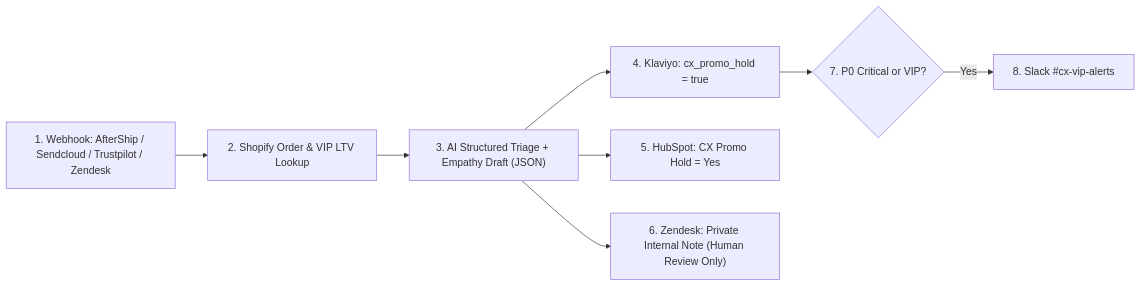
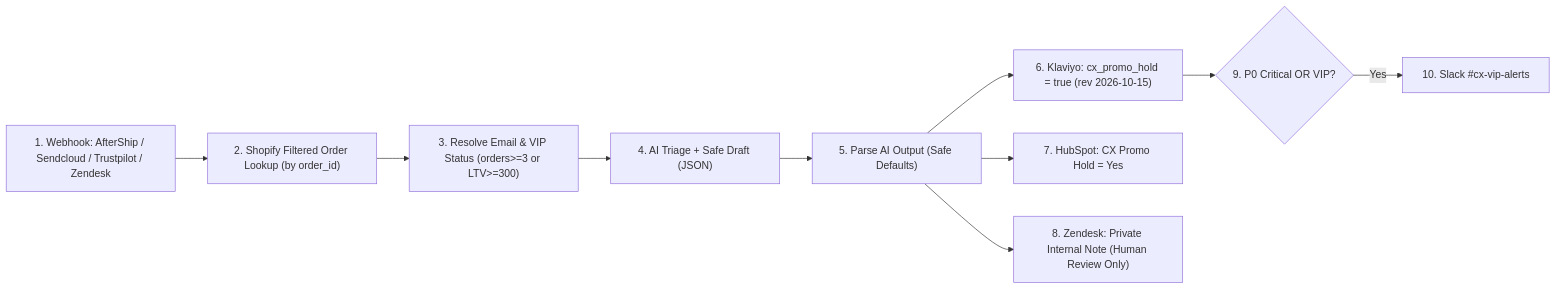
Before and after one commit to errer441122/cx-crm-promo-guard: the diagram in README.md, drawn with Mermaid. The commit also changed other lines of this file and 5 other files, not shown here.

Commit message:
Fix n8n CX Promo Guard bugs (filtered Shopify lookup, resolved_email, VIP OR check, Klaviyo 2026-10-15, standalone error workflow) & sync showcase

````diff
--- a/README.md
+++ b/README.md
@@ -24,10 +26,12 @@
 ```mermaid
 flowchart LR
-    W["1. Webhook: AfterShip / Sendcloud / Trustpilot / Zendesk"] --> SH["2. Shopify Order & VIP LTV Lookup"]
-    SH --> AI["3. AI Structured Triage + Empathy Draft (JSON)"]
-    AI --> KL["4. Klaviyo: cx_promo_hold = true"]
-    AI --> HS["5. HubSpot: CX Promo Hold = Yes"]
-    AI --> ZD["6. Zendesk: Private Internal Note (Human Review Only)"]
-    KL --> G{"7. P0 Critical or VIP?"}
-    G -- "Yes" --> SL["8. Slack #cx-vip-alerts"]
+    W["1. Webhook: AfterShip / Sendcloud / Trustpilot / Zendesk"] --> SH["2. Shopify Filtered Order Lookup (by order_id)"]
+    SH --> R["3. Resolve Email & VIP Status (orders>=3 or LTV>=300)"]
+    R --> AI["4. AI Triage + Safe Draft (JSON)"]
+    AI --> P["5. Parse AI Output (Safe Defaults)"]
+    P --> KL["6. Klaviyo: cx_promo_hold = true (rev 2026-10-15)"]
+    P --> HS["7. HubSpot: CX Promo Hold = Yes"]
+    P --> ZD["8. Zendesk: Private Internal Note (Human Review Only)"]
+    KL --> G{"9. P0 Critical OR VIP?"}
+    G -- "Yes" --> SL["10. Slack #cx-vip-alerts"]
 ```
````
